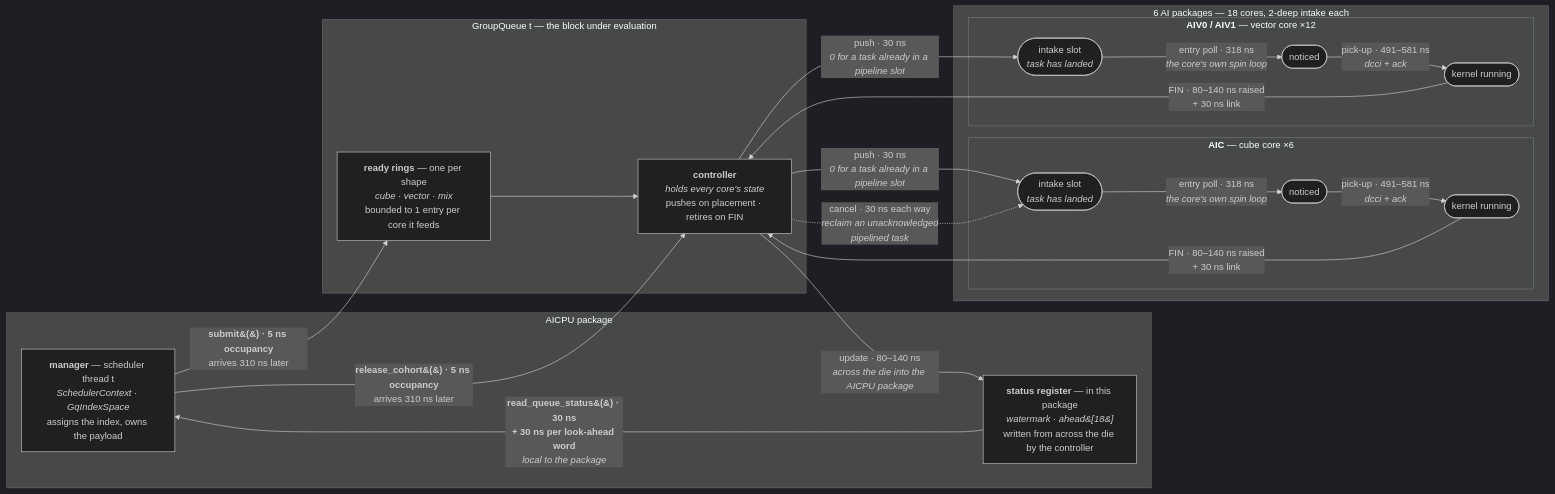
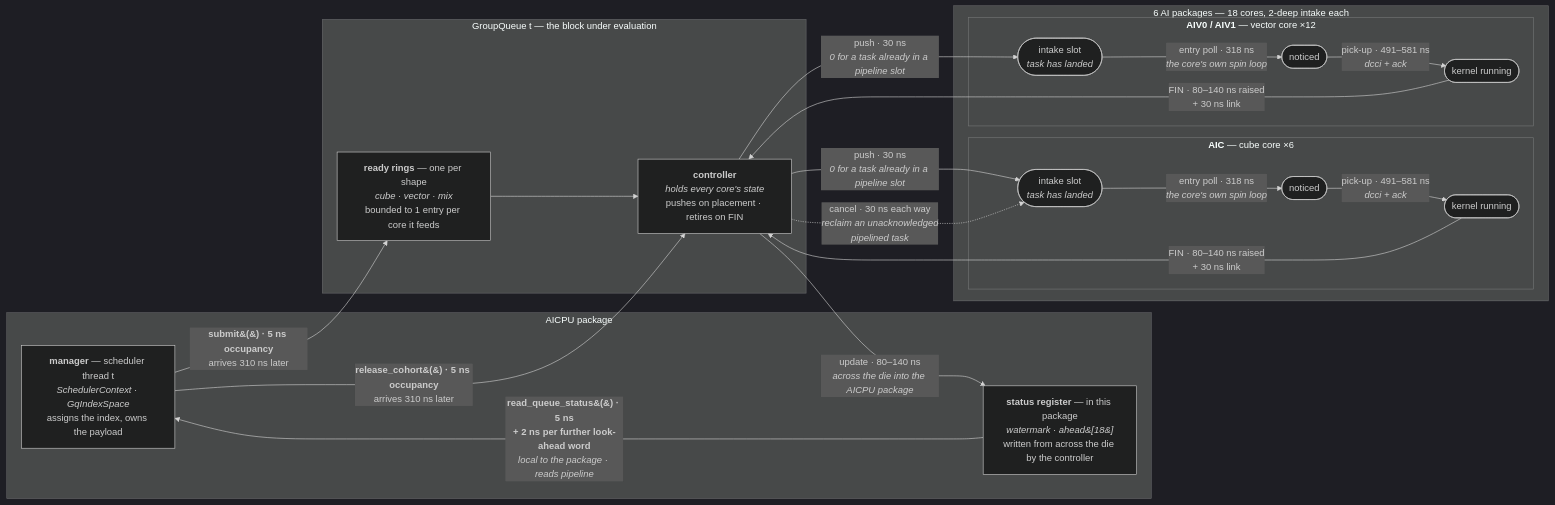
One commit to huawei-csl/simpler changed the first of 2 diagrams in docs/asim/device-model.md. Above: the diagram before and after it, drawn with Mermaid (dark theme). The commit also changed other lines of this file, not shown here.

First line of the commit message:
docs/asim: the manager's status read is one pipelined access

````diff
--- a/docs/asim/device-model.md
+++ b/docs/asim/device-model.md
@@ -446,40 +446,40 @@
 ```mermaid
 flowchart LR
     subgraph HOSTSIDE["AICPU package"]
         MGR["<b>manager</b> — scheduler thread t<br/><i>SchedulerContext · GqIndexSpace</i><br/>assigns the index, owns the payload"]
         STAT["<b>status register</b> — in this package<br/><i>watermark · ahead&#91;18&#93;</i><br/>written from across the die by the controller"]
     end
 
     subgraph QUEUE["GroupQueue t — the block under evaluation"]
         RINGS["<b>ready rings</b> — one per shape<br/><i>cube · vector · mix</i><br/>bounded to 1 entry per core it feeds"]
         CTRL["<b>controller</b><br/><i>holds every core's state</i><br/>pushes on placement · retires on FIN"]
     end
 
     subgraph FABRIC["6 AI packages — 18 cores, 2-deep intake each"]
         subgraph AICB["<b>AIC</b> — cube core ×6"]
             AICQ(["intake slot<br/><i>task has landed</i>"])
             AICN(["noticed"])
             AICK(["kernel running"])
             AICQ -- "entry poll · 318 ns<br/><i>the core's own spin loop</i>" --> AICN
             AICN -- "pick-up · 491–581 ns<br/><i>dcci + ack</i>" --> AICK
         end
         subgraph AIVB["<b>AIV0 / AIV1</b> — vector core ×12"]
             AIVQ(["intake slot<br/><i>task has landed</i>"])
             AIVN(["noticed"])
             AIVK(["kernel running"])
             AIVQ -- "entry poll · 318 ns<br/><i>the core's own spin loop</i>" --> AIVN
             AIVN -- "pick-up · 491–581 ns<br/><i>dcci + ack</i>" --> AIVK
         end
     end
 
     MGR -- "<b>submit&#40;&#41; · 5 ns occupancy</b><br/>arrives 310 ns later" --> RINGS
     MGR -- "<b>release_cohort&#40;&#41; · 5 ns occupancy</b><br/>arrives 310 ns later" --> CTRL
     RINGS --> CTRL
     CTRL -- "push · 30 ns<br/><i>0 for a task already in a pipeline slot</i>" --> AICQ
     CTRL -- "push · 30 ns<br/><i>0 for a task already in a pipeline slot</i>" --> AIVQ
     CTRL -. "cancel · 30 ns each way<br/><i>reclaim an unacknowledged<br/>pipelined task</i>" .-> AICQ
     AICK -- "FIN · 80–140 ns raised<br/>+ 30 ns link" --> CTRL
     AIVK -- "FIN · 80–140 ns raised<br/>+ 30 ns link" --> CTRL
     CTRL -- "update · 80–140 ns<br/><i>across the die into the AICPU package</i>" --> STAT
-    STAT -- "<b>read_queue_status&#40;&#41; · 30 ns</b><br/><b>+ 30 ns per look-ahead word</b><br/><i>local to the package</i>" --> MGR
+    STAT -- "<b>read_queue_status&#40;&#41; · 5 ns</b><br/><b>+ 2 ns per further look-ahead word</b><br/><i>local to the package · reads pipeline</i>" --> MGR
 ```
````
